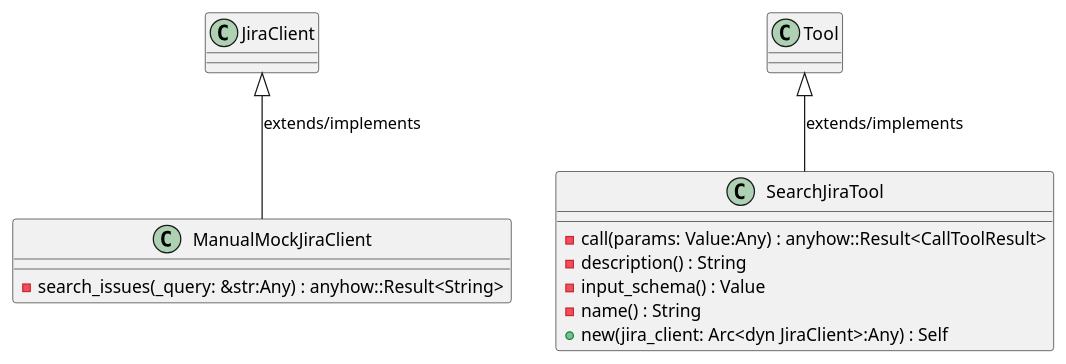
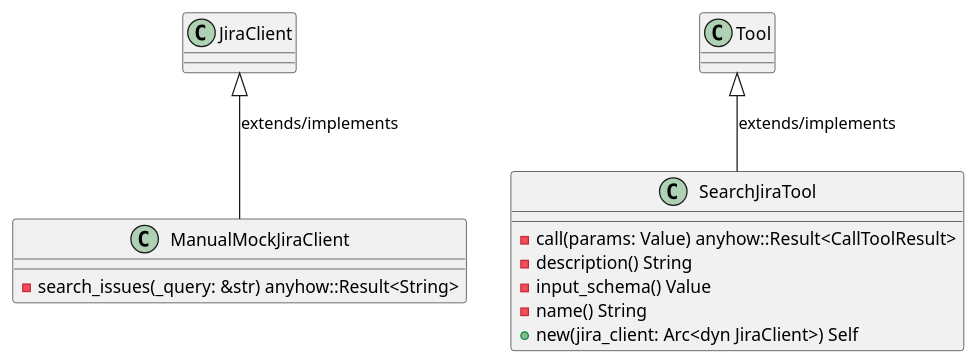
Before and after one commit to lgcorzo/rust_CACD_autonomous_factory: the first of 6 diagrams in openwiki/crates_factory_mcp_server_src_tools_search_jira.md, drawn with PlantUML. The commit also changed other lines of this file and 97 other files, not shown here.

First line of the commit message:
Fix Rust AST parsing for method and function parameters, and update OKF UML frontmatter

````diff
--- a/openwiki/crates_factory_mcp_server_src_tools_search_jira.md
+++ b/openwiki/crates_factory_mcp_server_src_tools_search_jira.md
@@ -95,17 +100,17 @@
 ```plantuml
 @startuml
 class ManualMockJiraClient {
-    -search_issues(_query: &str:Any) : anyhow::Result<String>
+    -search_issues(_query: &str) anyhow::Result<String>
 }
 JiraClient <|-- ManualMockJiraClient : extends/implements
 class SearchJiraTool {
-    -call(params: Value:Any) : anyhow::Result<CallToolResult>
-    -description() : String
-    -input_schema() : Value
-    -name() : String
-    +new(jira_client: Arc<dyn JiraClient>:Any) : Self
+    -call(params: Value) anyhow::Result<CallToolResult>
+    -description() String
+    -input_schema() Value
+    -name() String
+    +new(jira_client: Arc<dyn JiraClient>) Self
 }
 Tool <|-- SearchJiraTool : extends/implements
 @enduml
 
 ```
````
